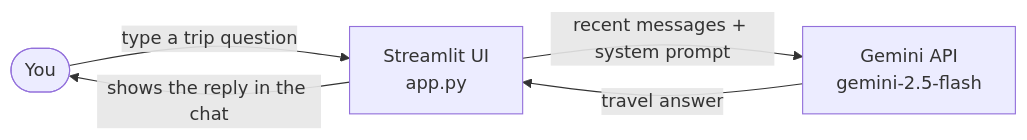
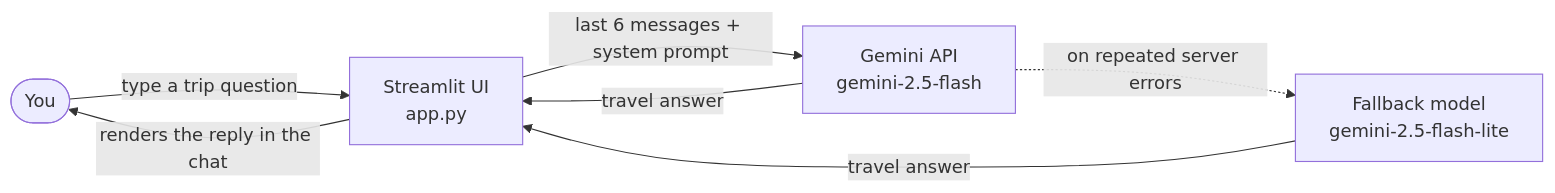
Before and after one commit to katkay1997/GemiQuest-Bot: the diagram in README.md, drawn with Mermaid. The commit also changed other lines of this file, not shown here.

````diff
--- a/README.md
+++ b/README.md
@@ -15,7 +27,9 @@
 ```mermaid
 flowchart LR
     U([You]) -->|type a trip question| S[Streamlit UI<br/>app.py]
-    S -->|recent messages + system prompt| G[Gemini API<br/>gemini-2.5-flash]
+    S -->|last 6 messages + system prompt| G[Gemini API<br/>gemini-2.5-flash]
+    G -.->|on repeated server errors| F[Fallback model<br/>gemini-2.5-flash-lite]
     G -->|travel answer| S
-    S -->|shows the reply in the chat| U
+    F -->|travel answer| S
+    S -->|renders the reply in the chat| U
 ```
````
